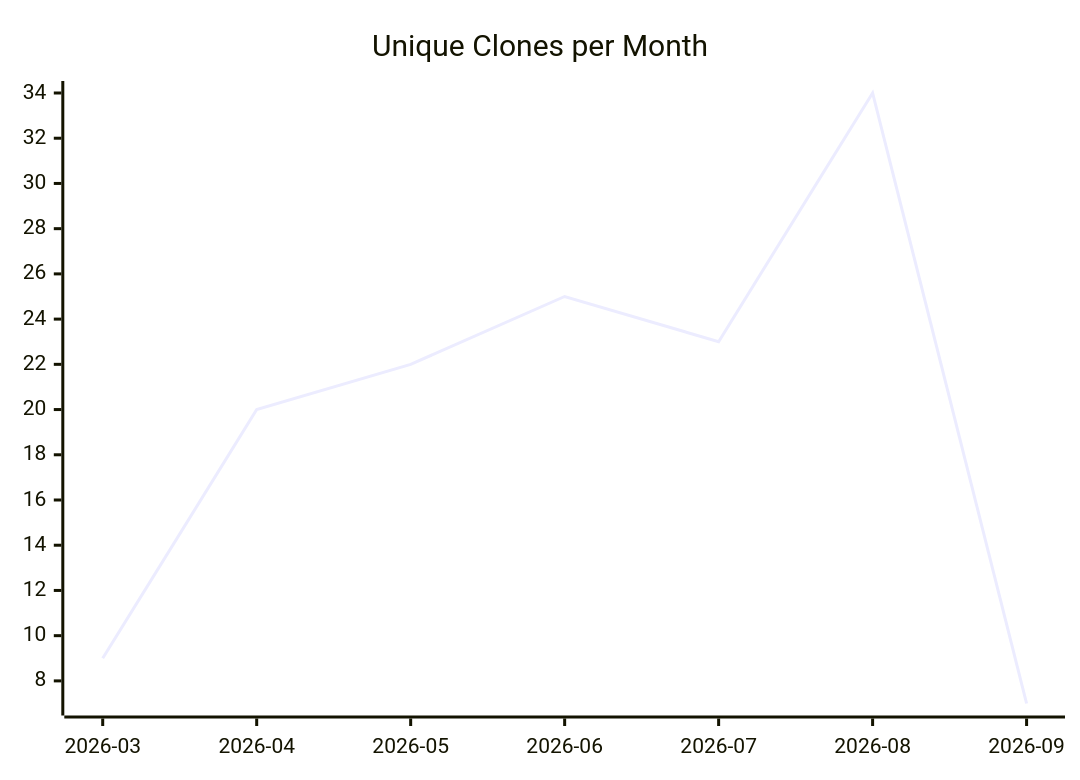
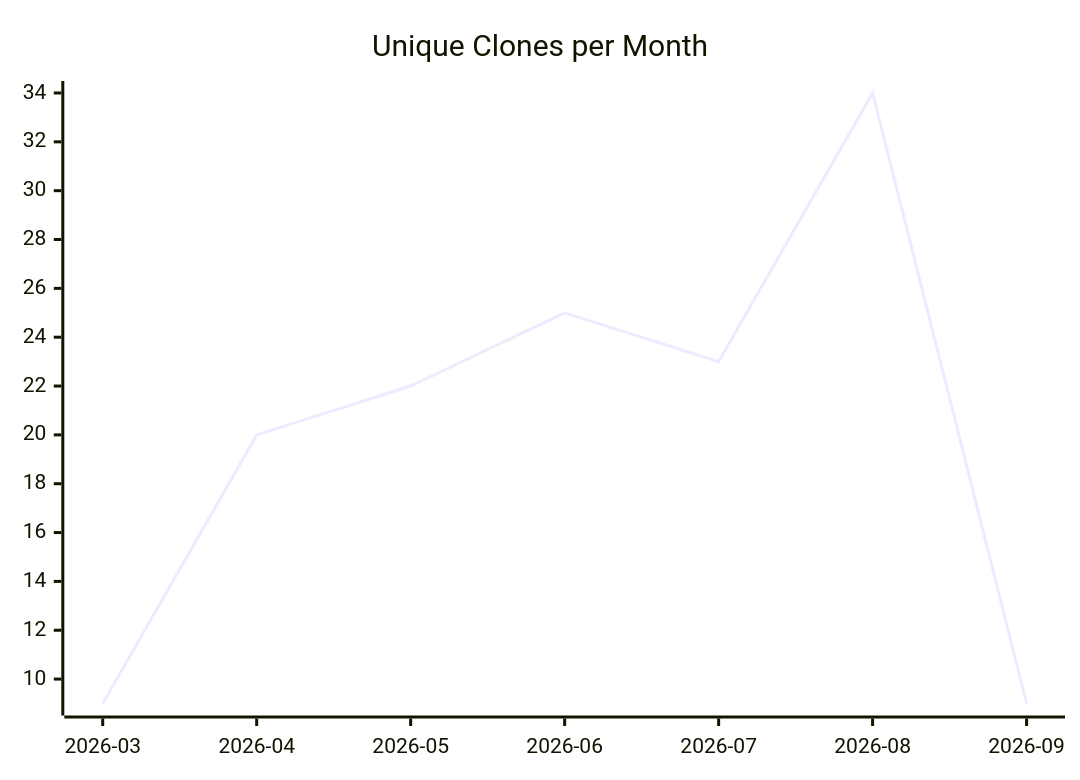
One commit to justdavis-family/github-analytics-data changed the third of 3 diagrams in karlmdavis/kxml2/README.md. Above: the diagram before and after it, drawn with Mermaid. The commit also changed other lines of this file and 191 other files, not shown here.

````diff
--- a/karlmdavis/kxml2/README.md
+++ b/karlmdavis/kxml2/README.md
@@ -19,6 +19,6 @@
 ```mermaid
 xychart-beta
   title "Unique Clones per Month"
   x-axis ["2026-03", "2026-04", "2026-05", "2026-06", "2026-07", "2026-08", "2026-09"]
-  line [9, 20, 22, 25, 23, 34, 7]
+  line [9, 20, 22, 25, 23, 34, 9]
 ```
````
